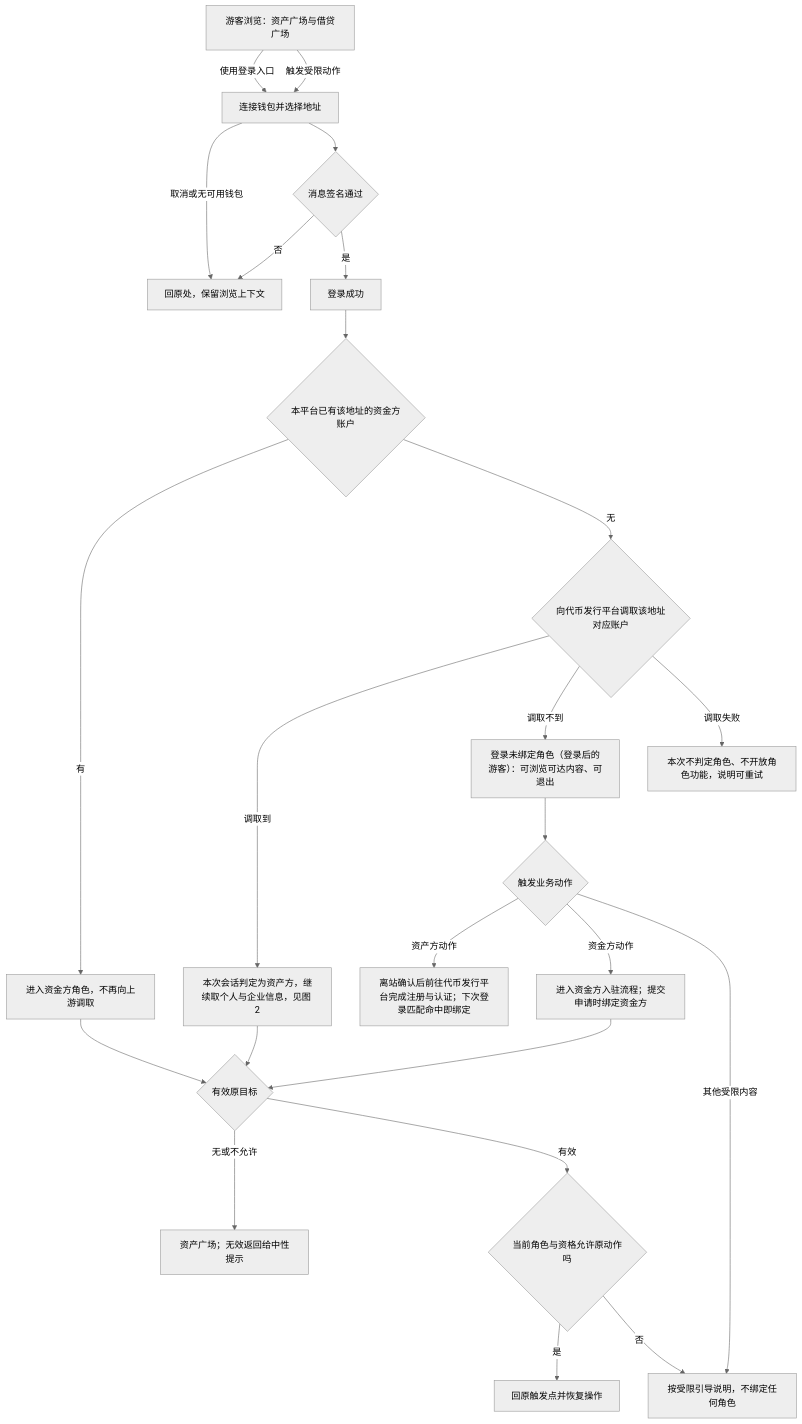
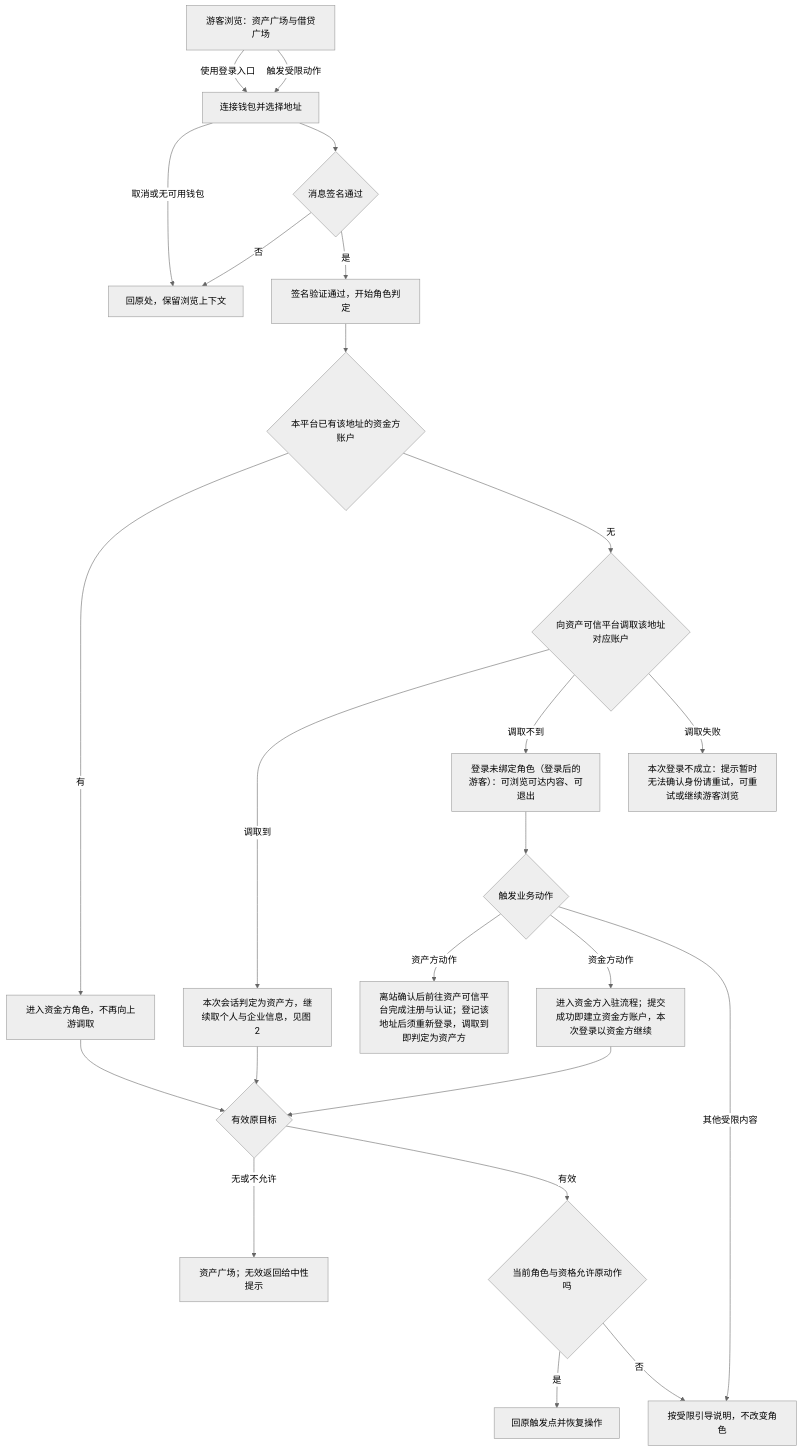
The first of 7 diagrams in lending-platform/PRD/面客端/01-登录主干与资产方SSO接入/02-登录主干与资产方SSO接入-流程图与状态机.md (wxblockchain/Chain-Financing), drawn with Mermaid (neutral theme) before and after one commit. The commit also changed other lines of this file and 11 other files, not shown here.

````diff
--- a/lending-platform/PRD/面客端/01-登录主干与资产方SSO接入/02-登录主干与资产方SSO接入-流程图与状态机.md
+++ b/lending-platform/PRD/面客端/01-登录主干与资产方SSO接入/02-登录主干与资产方SSO接入-流程图与状态机.md
@@ -10,26 +10,26 @@
 ```mermaid
 flowchart TD
     G["游客浏览：资产广场与借贷广场"] -->|使用登录入口| W["连接钱包并选择地址"]
     G -->|触发受限动作| W
     W -->|取消或无可用钱包| O["回原处，保留浏览上下文"]
     W --> S{"消息签名通过"}
     S -->|否| O
-    S -->|是| IN["登录成功"]
+    S -->|是| IN["签名验证通过，开始角色判定"]
     IN --> F{"本平台已有该地址的资金方账户"}
     F -->|有| FUNDER["进入资金方角色，不再向上游调取"]
-    F -->|无| PULL{"向代币发行平台调取该地址对应账户"}
+    F -->|无| PULL{"向资产可信平台调取该地址对应账户"}
     PULL -->|调取到| ASSET["本次会话判定为资产方，继续取个人与企业信息，见图 2"]
     PULL -->|调取不到| NONE["登录未绑定角色（登录后的游客）：可浏览可达内容、可退出"]
-    PULL -->|调取失败| KEEP["本次不判定角色、不开放角色功能，说明可重试"]
+    PULL -->|调取失败| KEEP["本次登录不成立：提示暂时无法确认身份请重试，可重试或继续游客浏览"]
     NONE --> ACT{"触发业务动作"}
-    ACT -->|资产方动作| UP["离站确认后前往代币发行平台完成注册与认证；下次登录匹配命中即绑定"]
-    ACT -->|资金方动作| FUND["进入资金方入驻流程；提交申请时绑定资金方"]
-    ACT -->|其他受限内容| GUIDE["按受限引导说明，不绑定任何角色"]
+    ACT -->|资产方动作| UP["离站确认后前往资产可信平台完成注册与认证；登记该地址后须重新登录，调取到即判定为资产方"]
+    ACT -->|资金方动作| FUND["进入资金方入驻流程；提交成功即建立资金方账户，本次登录以资金方继续"]
+    ACT -->|其他受限内容| GUIDE["按受限引导说明，不改变角色"]
     ASSET --> NEXT{"有效原目标"}
     FUNDER --> NEXT
     FUND --> NEXT
     NEXT -->|无或不允许| PLAZA["资产广场；无效返回给中性提示"]
     NEXT -->|有效| Q{"当前角色与资格允许原动作吗"}
     Q -->|是| BACK["回原触发点并恢复操作"]
     Q -->|否| GUIDE
 ```
````
